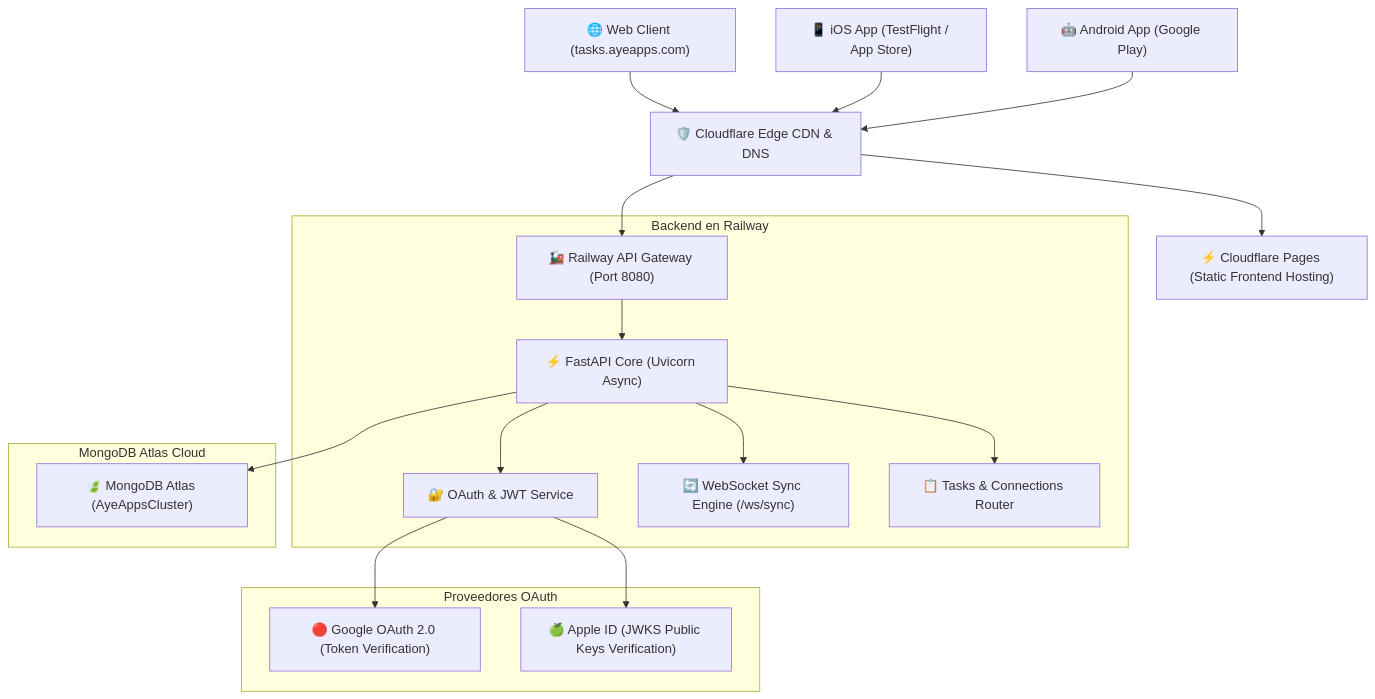
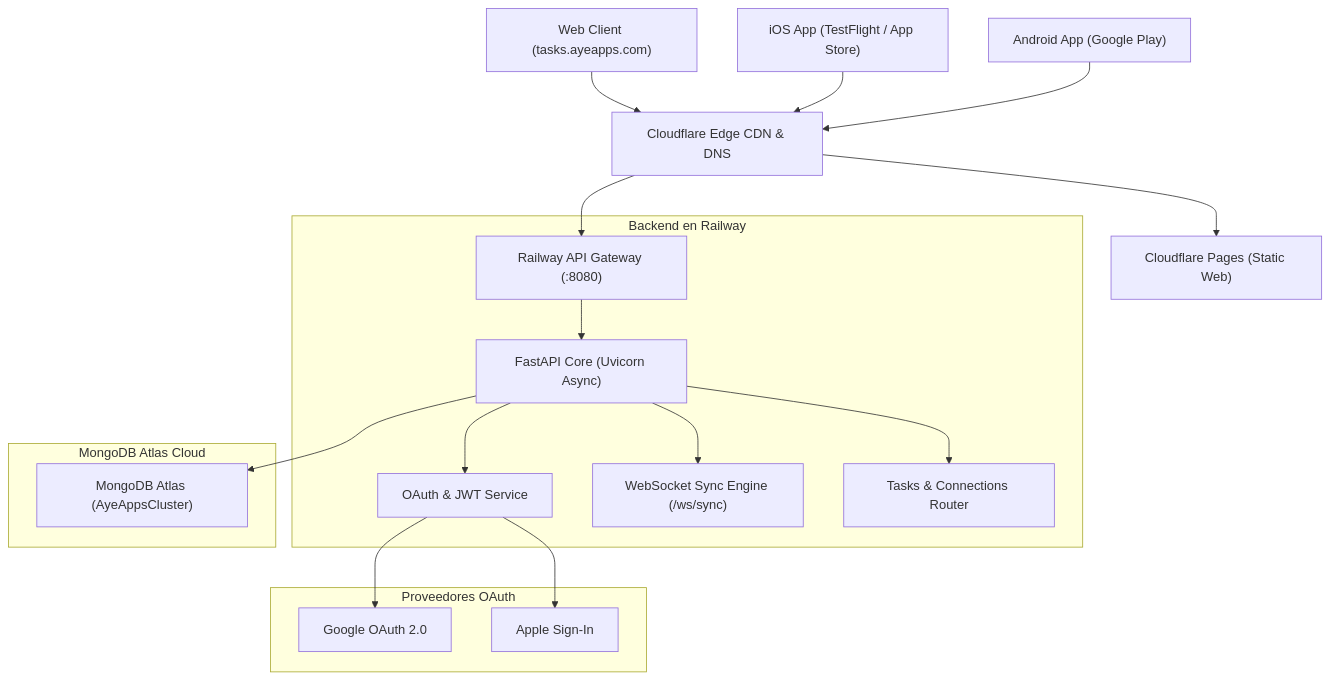
Before and after one commit to AyeApps/AyeTasks: the diagram in README.md, drawn with Mermaid. The commit also changed other lines of this file, not shown here.

Commit message:
docs: update technical architecture and stack justification

````diff
--- a/README.md
+++ b/README.md
@@ -9,25 +24,25 @@
 ```mermaid
 graph TD
-    ClientWeb["🌐 Web Client (tasks.ayeapps.com)"] --> Cloudflare["🛡️ Cloudflare Edge CDN & DNS"]
-    ClientIOS["📱 iOS App (TestFlight / App Store)"] --> Cloudflare
-    ClientAndroid["🤖 Android App (Google Play)"] --> Cloudflare
+    ClientWeb["Web Client (tasks.ayeapps.com)"] --> CF["Cloudflare Edge CDN & DNS"]
+    ClientIOS["iOS App (TestFlight / App Store)"] --> CF
+    ClientAndroid["Android App (Google Play)"] --> CF
 
-    Cloudflare --> CF_Pages["⚡ Cloudflare Pages (Static Frontend Hosting)"]
-    Cloudflare --> Railway["🚂 Railway API Gateway (Port 8080)"]
+    CF --> CF_Pages["Cloudflare Pages (Static Web)"]
+    CF --> Railway["Railway API Gateway (:8080)"]
 
     subgraph Backend_Infrastructure ["Backend en Railway"]
-        Railway --> FastAPI["⚡ FastAPI Core (Uvicorn Async)"]
-        FastAPI --> Auth["🔐 OAuth & JWT Service"]
-        FastAPI --> WebSocket["🔄 WebSocket Sync Engine (/ws/sync)"]
-        FastAPI --> Tasks["📋 Tasks & Connections Router"]
+        Railway --> FastAPI["FastAPI Core (Uvicorn Async)"]
+        FastAPI --> Auth["OAuth & JWT Service"]
+        FastAPI --> WebSocket["WebSocket Sync Engine (/ws/sync)"]
+        FastAPI --> TasksRouter["Tasks & Connections Router"]
     end
 
     subgraph Database_Cluster ["MongoDB Atlas Cloud"]
-        FastAPI --> Mongo["🍃 MongoDB Atlas (AyeAppsCluster)"]
+        FastAPI --> Mongo["MongoDB Atlas (AyeAppsCluster)"]
     end
 
     subgraph External_Auth ["Proveedores OAuth"]
-        Auth --> Google["🔴 Google OAuth 2.0 (Token Verification)"]
-        Auth --> Apple["🍏 Apple ID (JWKS Public Keys Verification)"]
+        Auth --> Google["Google OAuth 2.0"]
+        Auth --> Apple["Apple Sign-In"]
     end
 ```
````
